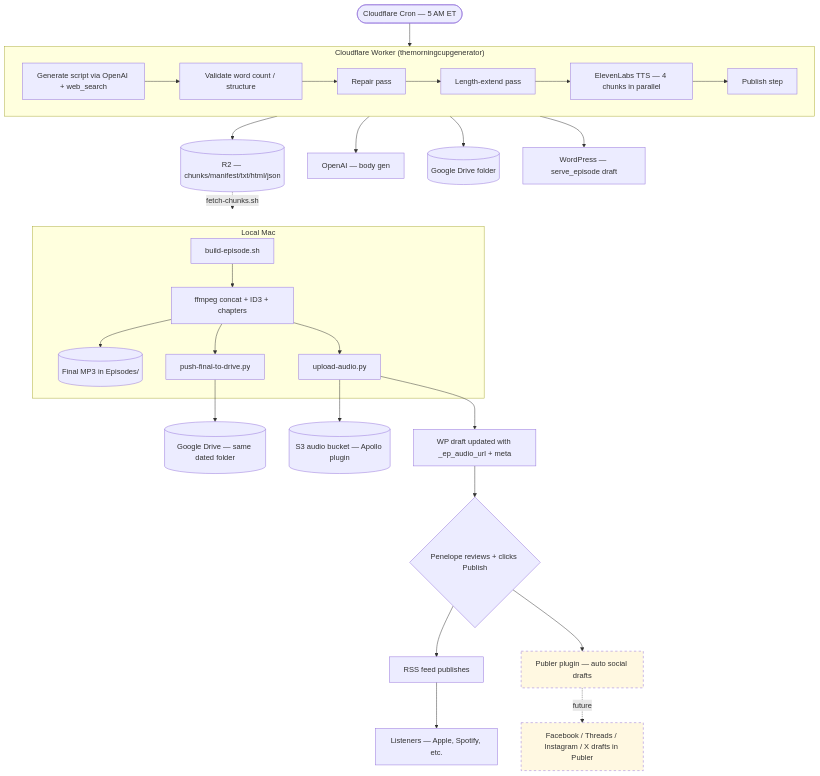
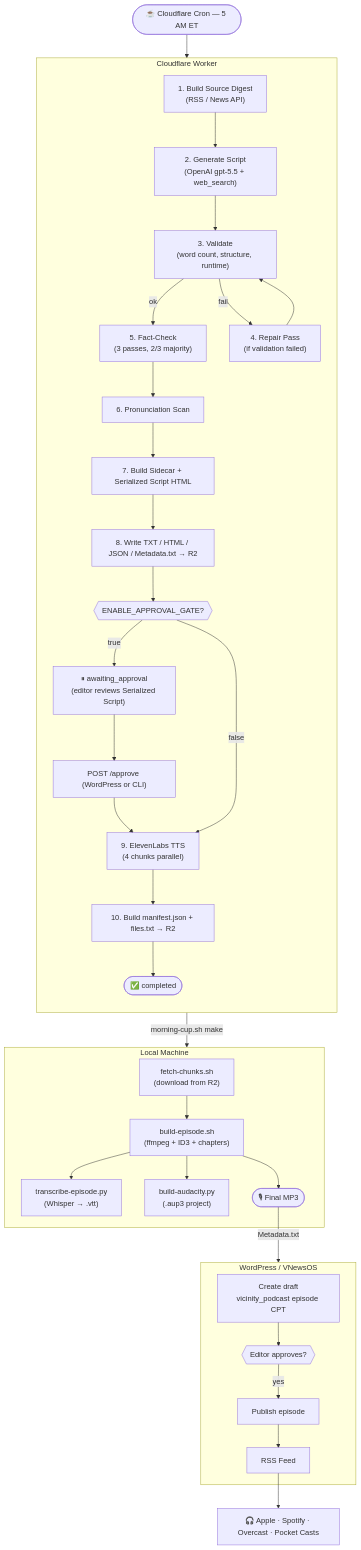
The diagram in docs/PIPELINE.md (pennydoesdev/TheMorningCup-Episode-Generator), drawn with Mermaid before and after one commit. The commit also changed other lines of this file and 25 other files, not shown here.

````diff
--- a/docs/PIPELINE.md
+++ b/docs/PIPELINE.md
@@ -27,38 +24,57 @@
 ```mermaid
 flowchart TD
-  Cron(["Cloudflare Cron — 5 AM ET"]) --> Worker
-  subgraph Worker["Cloudflare Worker (themorningcupgenerator)"]
-    Gen[Generate script via OpenAI + web_search]
-    Val[Validate word count / structure]
-    Rep[Repair pass]
-    Ext[Length-extend pass]
-    TTS[ElevenLabs TTS — 4 chunks in parallel]
-    Pub[Publish step]
-    Gen --> Val --> Rep --> Ext --> TTS --> Pub
+  Cron(["☕ Cloudflare Cron — 5 AM ET"]) --> Worker
+
+  subgraph Worker["Cloudflare Worker"]
+    direction TB
+    Digest["1. Build Source Digest\n(RSS / News API)"]
+    Gen["2. Generate Script\n(OpenAI gpt-5.5 + web_search)"]
+    Val["3. Validate\n(word count, structure, runtime)"]
+    Rep["4. Repair Pass\n(if validation failed)"]
+    FC["5. Fact-Check\n(3 passes, 2/3 majority)"]
+    Scan["6. Pronunciation Scan"]
+    Sidecar["7. Build Sidecar + Serialized Script HTML"]
+    Docs["8. Write TXT / HTML / JSON / Metadata.txt → R2"]
+    Gate{{"ENABLE_APPROVAL_GATE?"}}
+    Approve["⏸ awaiting_approval\n(editor reviews Serialized Script)"]
+    PostApprove["POST /approve (WordPress or CLI)"]
+    TTS["9. ElevenLabs TTS\n(4 chunks parallel)"]
+    Manifest["10. Build manifest.json + files.txt → R2"]
+    Done(["✅ completed"])
+
+    Digest --> Gen --> Val
+    Val -->|ok| FC
+    Val -->|fail| Rep --> Val
+    FC --> Scan --> Sidecar --> Docs --> Gate
+    Gate -->|true| Approve --> PostApprove --> TTS
+    Gate -->|false| TTS
+    TTS --> Manifest --> Done
   end
-  Worker --> R2C[(R2 — chunks/manifest/txt/html/json)]
-  Worker --> OpenAI2[OpenAI — body gen]
-  Worker --> Drive1[(Google Drive folder)]
-  Worker --> WP1[WordPress — serve_episode draft]
 
-  R2C -.->|fetch-chunks.sh| Mac
-  subgraph Mac["Local Mac"]
-    Build[build-episode.sh]
-    Build --> FF[ffmpeg concat + ID3 + chapters]
-    FF --> Final[(Final MP3 in Episodes/)]
-    FF --> PushDrive[push-final-to-drive.py]
-    FF --> UploadAudio[upload-audio.py]
+  Done -->|morning-cup.sh make| Local
+
+  subgraph Local["Local Machine"]
+    Fetch["fetch-chunks.sh\n(download from R2)"]
+    Build["build-episode.sh\n(ffmpeg + ID3 + chapters)"]
+    Transcribe["transcribe-episode.py\n(Whisper → .vtt)"]
+    Audacity["build-audacity.py\n(.aup3 project)"]
+    MP3(["🎙 Final MP3"])
+
+    Fetch --> Build --> MP3
+    Build --> Transcribe
+    Build --> Audacity
   end
-  PushDrive --> Drive2[(Google Drive — same dated folder)]
-  UploadAudio --> S3A[(S3 audio bucket — Apollo plugin)]
-  UploadAudio --> WP2[WP draft updated with _ep_audio_url + meta]
 
-  WP2 --> Reviewer{Penelope reviews + clicks Publish}
-  Reviewer --> RSS[RSS feed publishes]
-  Reviewer --> SocialPlanned[Publer plugin — auto social drafts]
-  RSS --> Listeners[Listeners — Apple, Spotify, etc.]
-  SocialPlanned -.->|future| Social[Facebook / Threads / Instagram / X drafts in Publer]
+  MP3 -->|Metadata.txt| WP
 
-  classDef future stroke-dasharray: 5 5,fill:#fff8e1
-  class SocialPlanned,Social future
+  subgraph WP["WordPress / VNewsOS"]
+    Draft["Create draft\nvicinity_podcast episode CPT"]
+    Review{{"Editor approves?"}}
+    Pub["Publish episode"]
+    RSS["RSS Feed"]
+
+    Draft --> Review -->|yes| Pub --> RSS
+  end
+
+  RSS --> Listeners["🎧 Apple · Spotify · Overcast · Pocket Casts"]
 ```
````
